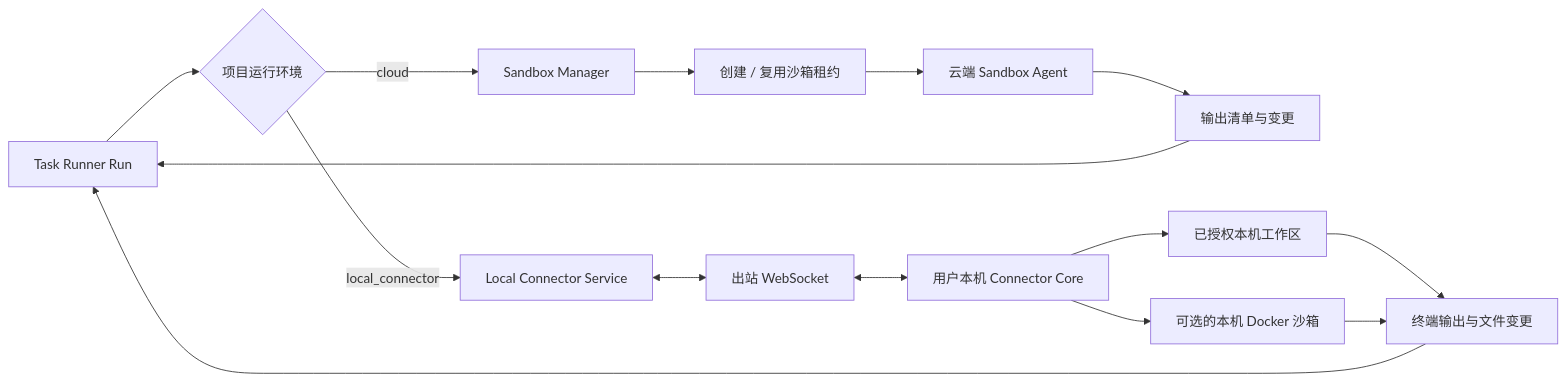
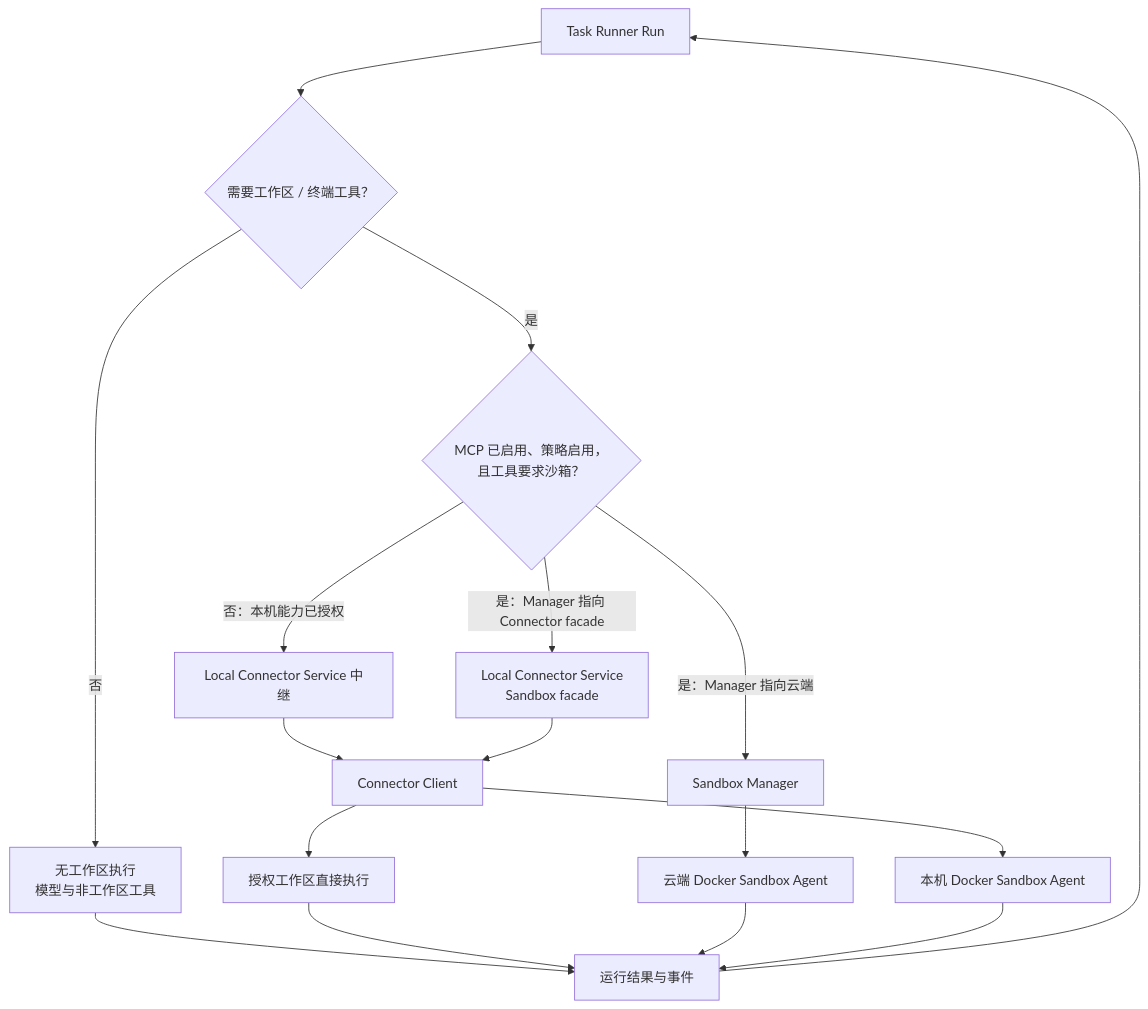
Before and after one commit to leeoohoo/chatos_rs: the fifth of 7 diagrams in README.md, drawn with Mermaid. The commit also changed other lines of this file and 23 other files, not shown here.

Commit message:
feat: rebuild user website and refresh architecture docs

````diff
--- a/README.md
+++ b/README.md
@@ -165,20 +216,23 @@
 ```mermaid
-flowchart LR
-    task["Task Runner Run"] --> mode{"项目运行环境"}
+flowchart TB
+    run["Task Runner Run"] --> needWorkspace{"需要工作区 / 终端工具？"}
+    needWorkspace -->|"否"| noWorkspace["无工作区执行<br/>模型与非工作区工具"]
+    needWorkspace -->|"是"| sandboxRoute{"MCP 已启用、策略启用，<br/>且工具要求沙箱？"}
 
-    mode -->|cloud| cloud["Sandbox Manager"]
-    cloud --> lease["创建 / 复用沙箱租约"]
-    lease --> cloudAgent["云端 Sandbox Agent"]
-    cloudAgent --> cloudResult["输出清单与变更"]
+    sandboxRoute -->|"否：本机能力已授权"| direct["Local Connector Service 中继"]
+    direct --> client["Connector Client"]
+    client --> granted["授权工作区直接执行"]
 
-    mode -->|local_connector| relay["Local Connector Service"]
-    relay <--> ws["出站 WebSocket"]
-    ws <--> client["用户本机 Connector Core"]
-    client --> grant["已授权本机工作区"]
-    client --> localDocker["可选的本机 Docker 沙箱"]
-    grant --> localResult["终端输出与文件变更"]
-    localDocker --> localResult
+    sandboxRoute -->|"是：Manager 指向云端"| cloudManager["Sandbox Manager"]
+    cloudManager --> cloudLease["云端 Docker Sandbox Agent"]
 
-    cloudResult --> task
-    localResult --> task
+    sandboxRoute -->|"是：Manager 指向 Connector facade"| localFacade["Local Connector Service<br/>Sandbox facade"]
+    localFacade --> client
+    client --> localLease["本机 Docker Sandbox Agent"]
+
+    noWorkspace --> result["运行结果与事件"]
+    granted --> result
+    cloudLease --> result
+    localLease --> result
+    result --> run
 ```
````
